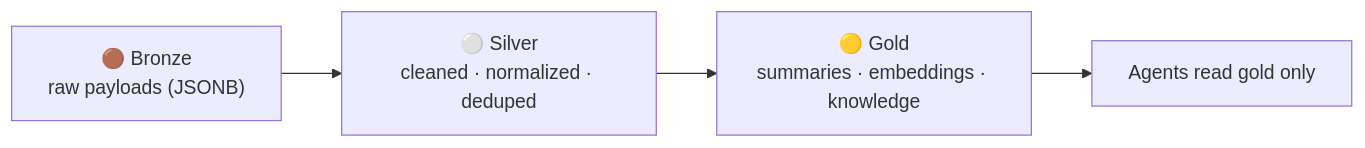
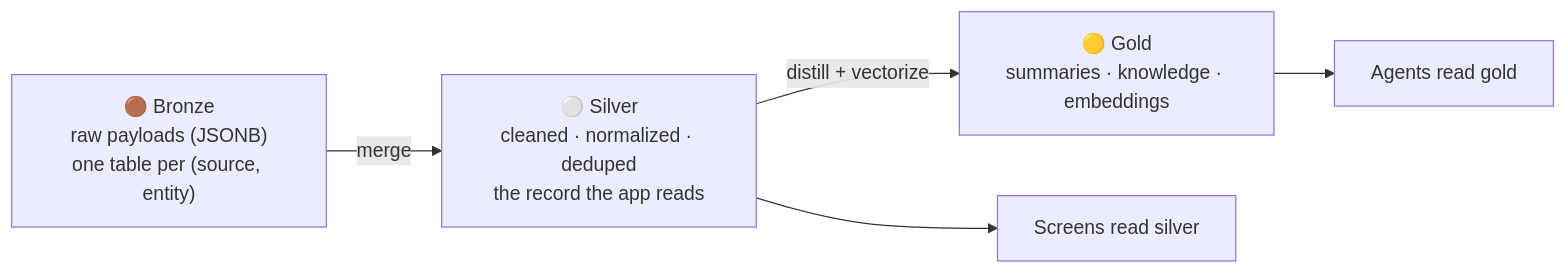
One commit to markdconnelly/ImperionCRM changed the second of 2 diagrams in docs/database/README.md. Above: the diagram before and after it, drawn with Mermaid. The commit also changed other lines of this file and 2 other files, not shown here.

````diff
--- a/docs/database/README.md
+++ b/docs/database/README.md
@@ -20,6 +50,7 @@
 ```mermaid
 flowchart LR
-    BRONZE["🟤 Bronze<br/>raw payloads (JSONB)"] --> SILVER["⚪ Silver<br/>cleaned · normalized · deduped"]
-    SILVER --> GOLD["🟡 Gold<br/>summaries · embeddings · knowledge"]
-    GOLD --> AGENT["Agents read gold only"]
+    BRONZE["🟤 Bronze<br/>raw payloads (JSONB)<br/>one table per (source, entity)"] -->|"merge"| SILVER["⚪ Silver<br/>cleaned · normalized · deduped<br/>the record the app reads"]
+    SILVER -->|"distill + vectorize"| GOLD["🟡 Gold<br/>summaries · knowledge · embeddings"]
+    SILVER --> UI["Screens read silver"]
+    GOLD --> AGENT["Agents read gold"]
 ```
````
